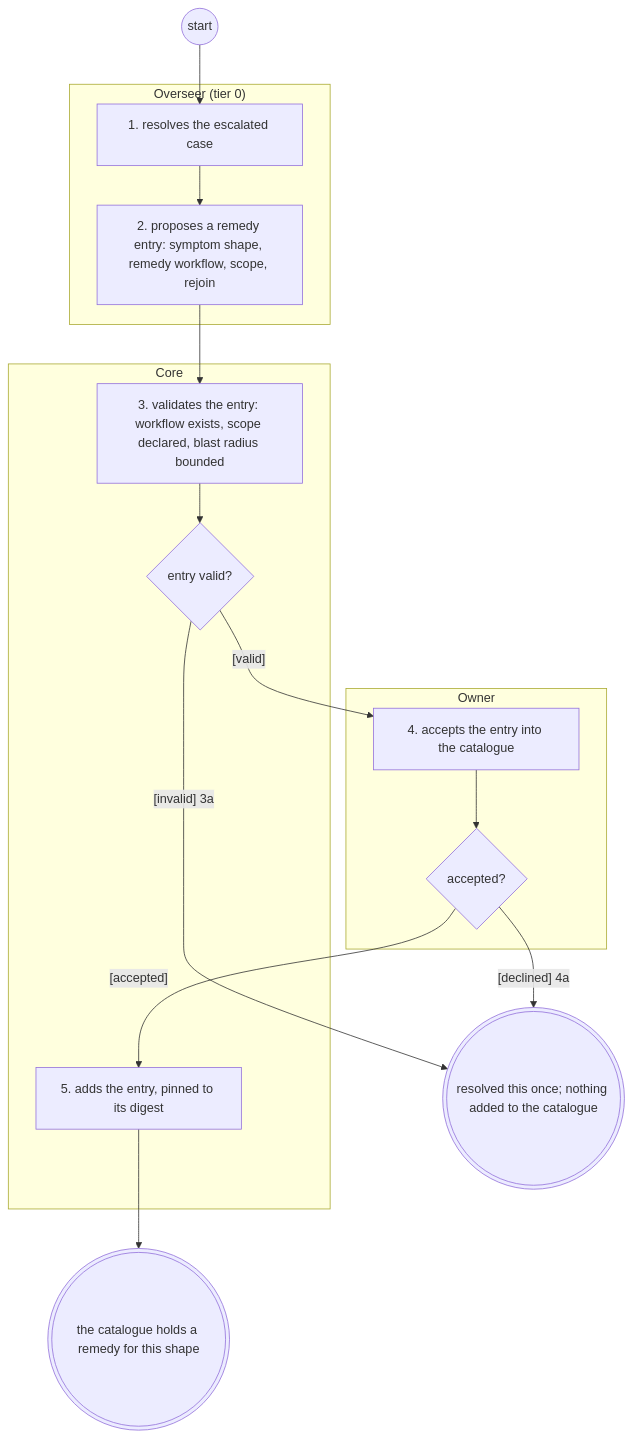
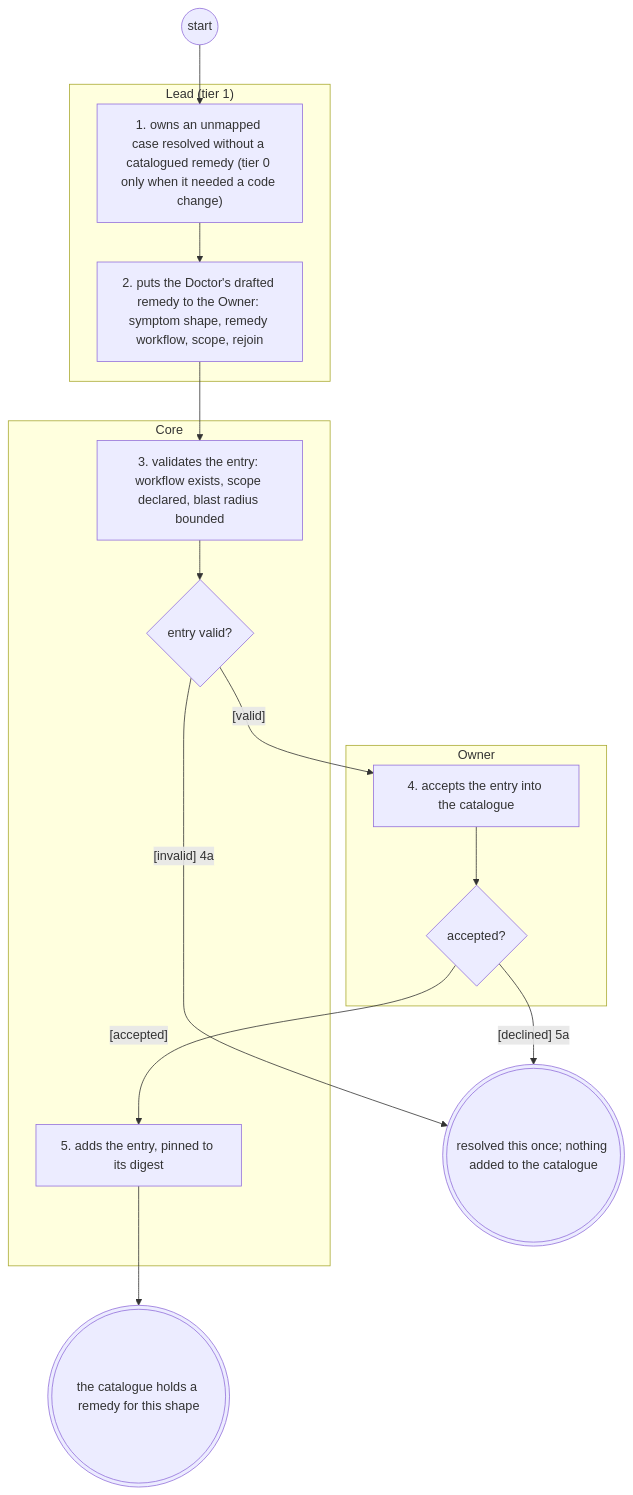
Before and after one commit to Jake36999/Librarian_V2: the diagram in reports/2026-11-25-systems-analysis-finalisation/librarian/to-be/views/learn.views.md, drawn with Mermaid. The commit also changed other lines of this file and 51 other files, not shown here.

````diff
--- a/reports/2026-11-25-systems-analysis-finalisation/librarian/to-be/views/learn.views.md
+++ b/reports/2026-11-25-systems-analysis-finalisation/librarian/to-be/views/learn.views.md
@@ -46,30 +46,30 @@
 ```mermaid
 flowchart TD
-  subgraph Overseer_tier_0_["Overseer (tier 0)"]
-    a1["1. resolves the escalated case"]
-    a2["2. proposes a remedy entry: symptom shape, remedy workflow, scope, rejoin"]
+  subgraph Lead_tier_1_["Lead (tier 1)"]
+    a1["1. owns an unmapped case resolved without a catalogued remedy (tier 0 only when it needed a code change)"]
+    a2["2. puts the Doctor's drafted remedy to the Owner: symptom shape, remedy workflow, scope, rejoin"]
   end
   subgraph Owner["Owner"]
     a4["4. accepts the entry into the catalogue"]
     d2{"accepted?"}
   end
   subgraph Core["Core"]
     a3["3. validates the entry: workflow exists, scope declared, blast radius bounded"]
     d1{"entry valid?"}
     a5["5. adds the entry, pinned to its digest"]
   end
   s(("start"))
   e1((("the catalogue holds a remedy for this shape")))
   e2((("resolved this once; nothing added to the catalogue")))
   s --> a1
   a1 --> a2
   a2 --> a3
   a3 --> d1
   d1 -->|"[valid]"| a4
-  d1 -->|"[invalid] 3a"| e2
+  d1 -->|"[invalid] 4a"| e2
   a4 --> d2
   d2 -->|"[accepted]"| a5
-  d2 -->|"[declined] 4a"| e2
+  d2 -->|"[declined] 5a"| e2
   a5 --> e1
   classDef ext stroke:#d9534f,stroke-width:2px
 ```
````
